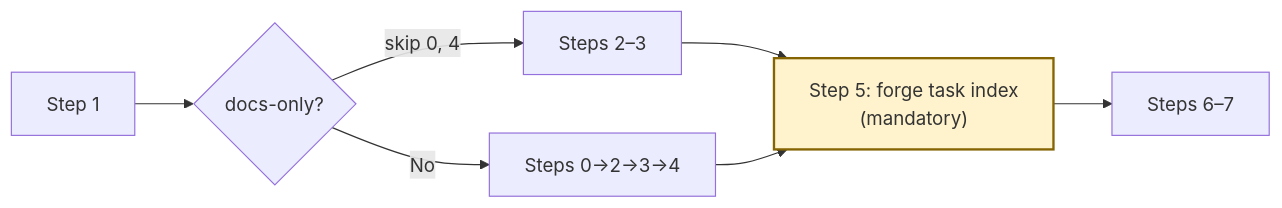
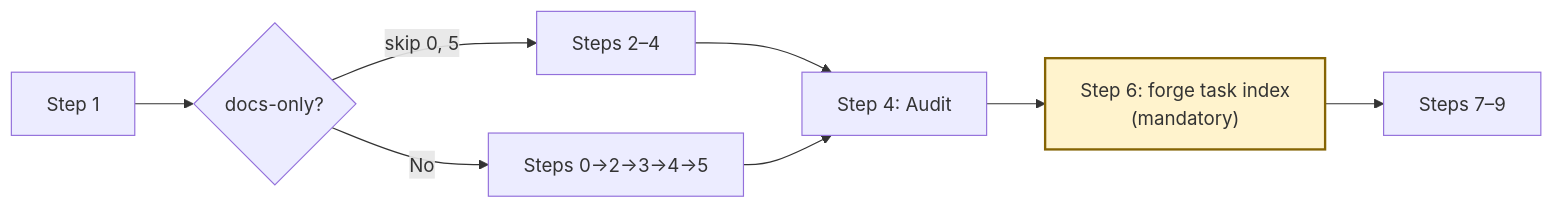
Before and after one commit to bigfaner/forge: the diagram in plugins/forge/skills/quick-tasks/SKILL.md, drawn with Mermaid. The commit also changed other lines of this file and 2 other files, not shown here.

First line of the commit message:
docs(skills): add task sizing audit step to quick-tasks

````diff
--- a/plugins/forge/skills/quick-tasks/SKILL.md
+++ b/plugins/forge/skills/quick-tasks/SKILL.md
@@ -28,10 +28,11 @@
 ```mermaid
 graph LR
     S1["Step 1"] --> D{"docs-only?"}
-    D -->|"skip 0, 4"| B["Steps 2–3"]
-    D -->|No| A["Steps 0→2→3→4"]
-    B --> S5
-    A --> S5
-    S5["Step 5: forge task index<br>(mandatory)"] --> S67["Steps 6–7"]
-    style S5 fill:#fff3cd,stroke:#856404,stroke-width:2px
+    D -->|"skip 0, 5"| B["Steps 2–4"]
+    D -->|No| A["Steps 0→2→3→4→5"]
+    B --> S4["Step 4: Audit"]
+    A --> S4
+    S4 --> S6
+    S6["Step 6: forge task index<br>(mandatory)"] --> S789["Steps 7–9"]
+    style S6 fill:#fff3cd,stroke:#856404,stroke-width:2px
 ```
````
